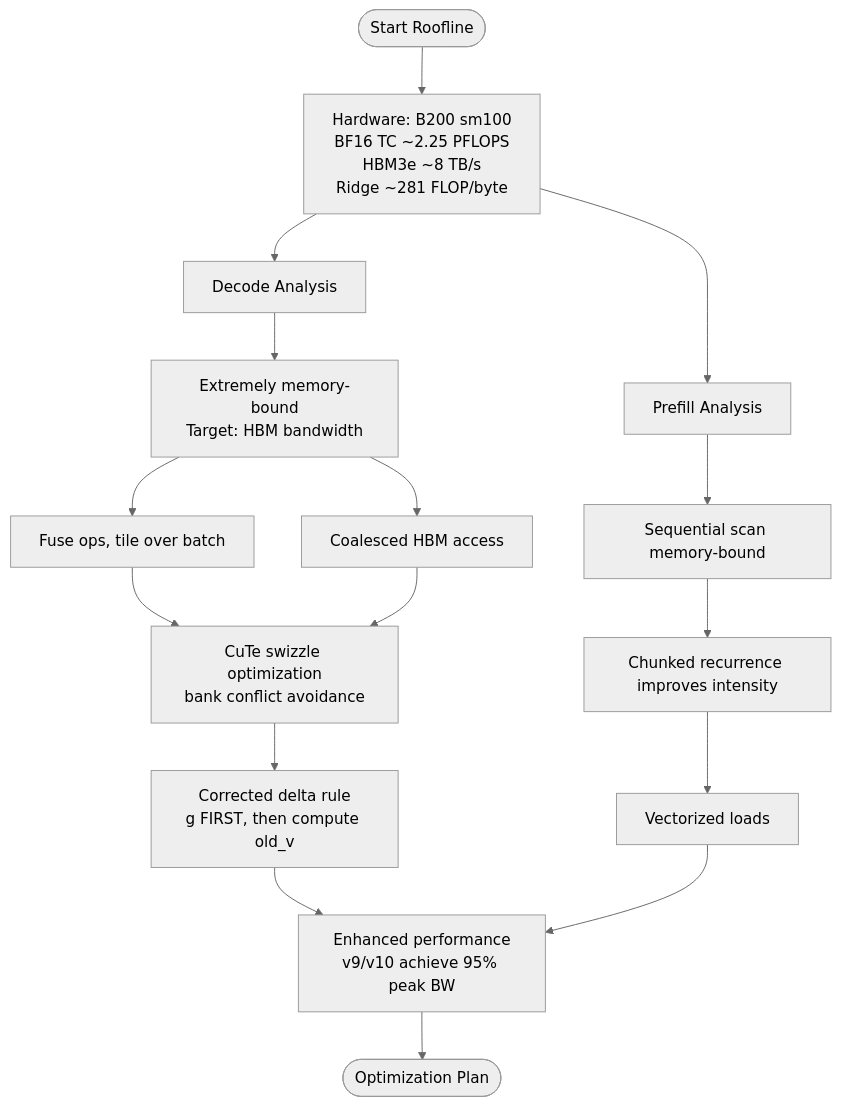
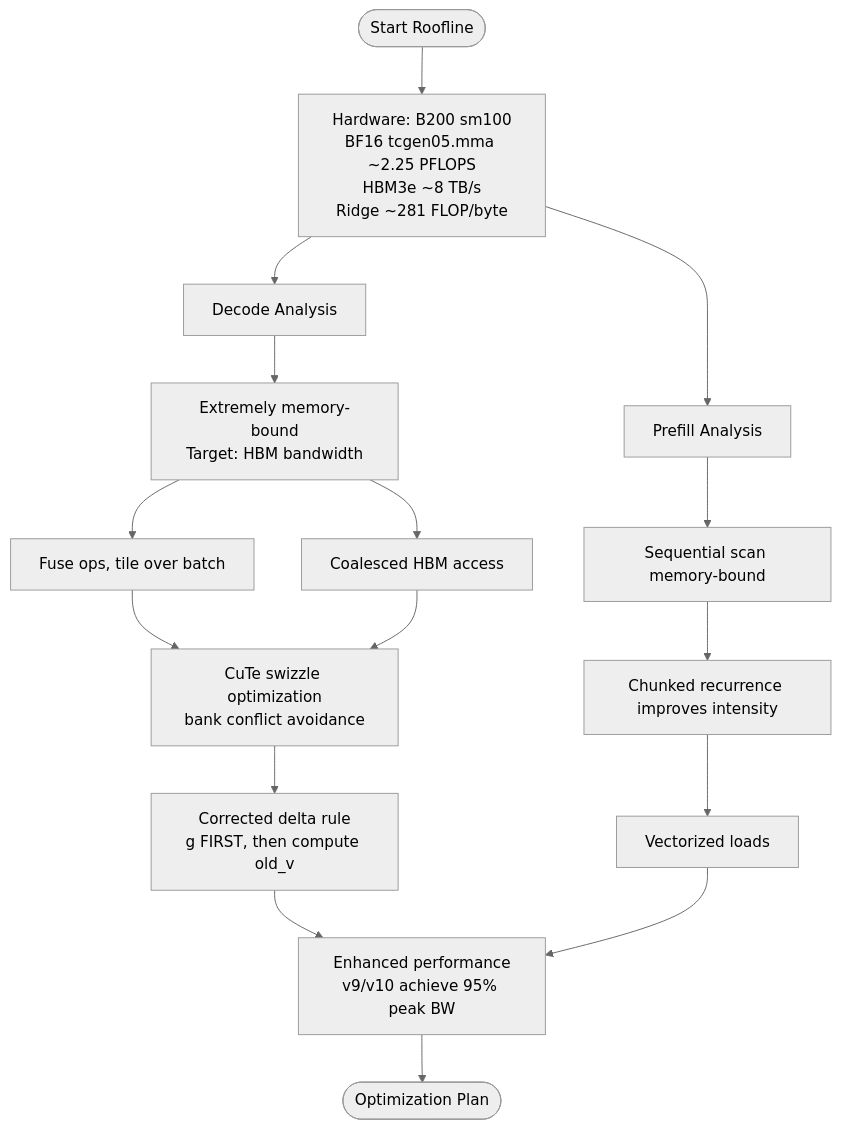
Before and after one commit to gugudeshubao/flashinfer-bench-tma-thrust: the ninth of 11 diagrams in .qoder/repowiki/en/content/Performance Analysis.md, drawn with Mermaid (neutral theme). The commit also changed other lines of this file and 3 other files, not shown here.

````diff
--- a/.qoder/repowiki/en/content/Performance Analysis.md
+++ b/.qoder/repowiki/en/content/Performance Analysis.md
@@ -462,18 +467,18 @@
 ```mermaid
 flowchart TD
-Start(["Start Roofline"]) --> HW["Hardware: B200 sm100<br/>BF16 TC ~2.25 PFLOPS<br/>HBM3e ~8 TB/s<br/>Ridge ~281 FLOP/byte"]
+Start(["Start Roofline"]) --> HW["Hardware: B200 sm100<br/>BF16 tcgen05.mma ~2.25 PFLOPS<br/>HBM3e ~8 TB/s<br/>Ridge ~281 FLOP/byte"]
 HW --> Decode["Decode Analysis"]
 HW --> Prefill["Prefill Analysis"]
 Decode --> MemBound["Extremely memory-bound<br/>Target: HBM bandwidth"]
 Prefill --> SeqScan["Sequential scan memory-bound"]
 SeqScan --> Chunk["Chunked recurrence improves intensity"]
 MemBound --> Opt1["Fuse ops, tile over batch"]
 MemBound --> Opt2["Coalesced HBM access"]
 Opt1 --> CuTe["CuTe swizzle optimization<br/>bank conflict avoidance"]
 Opt2 --> CuTe
 CuTe --> DeltaRule["Corrected delta rule<br/>g FIRST, then compute old_v"]
 DeltaRule --> PerfBoost["Enhanced performance<br/>v9/v10 achieve 95% peak BW"]
 Chunk --> Opt3["Vectorized loads"]
 Opt3 --> PerfBoost
 PerfBoost --> End(["Optimization Plan"])
 ```
````
